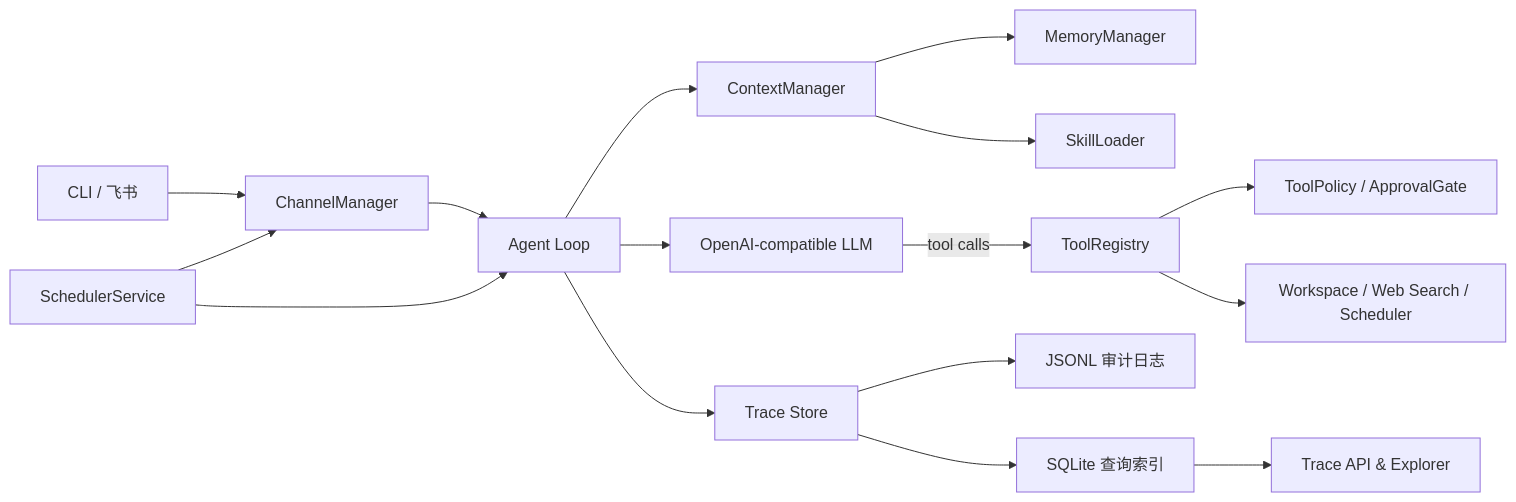
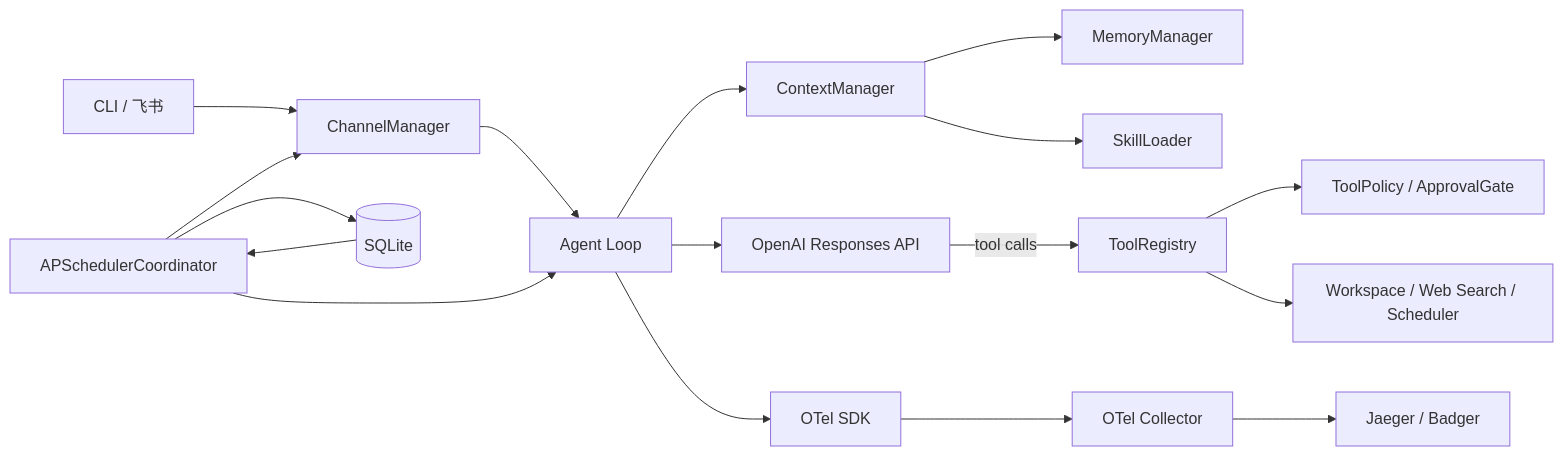
Before and after one commit to uuforeverr/My-Agent: the diagram in README.md, drawn with Mermaid. The commit also changed other lines of this file and 116 other files, not shown here.

````diff
--- a/README.md
+++ b/README.md
@@ -63,18 +73,19 @@
 ```mermaid
 flowchart LR
     U[CLI / 飞书] --> CM[ChannelManager]
     CM --> A[Agent Loop]
-    A --> C[ContextManager]
-    C --> M[MemoryManager]
-    C --> S[SkillLoader]
-    A --> L[OpenAI-compatible LLM]
+    A --> CTX[ContextManager]
+    CTX --> M[MemoryManager]
+    CTX --> S[SkillLoader]
+    A --> L[OpenAI Responses API]
     L -->|tool calls| T[ToolRegistry]
     T --> P[ToolPolicy / ApprovalGate]
     T --> W[Workspace / Web Search / Scheduler]
-    A --> O[Trace Store]
-    O --> J[JSONL 审计日志]
-    O --> DB[SQLite 查询索引]
-    DB --> D[Trace API & Explorer]
-    SCH[SchedulerService] --> A
+    A --> O[OTel SDK]
+    O --> COL[OTel Collector]
+    COL --> J[Jaeger / Badger]
+    SCH[APSchedulerCoordinator] --> A
     SCH --> CM
+    DB[(SQLite)] --> SCH
+    SCH --> DB
 ```
````
